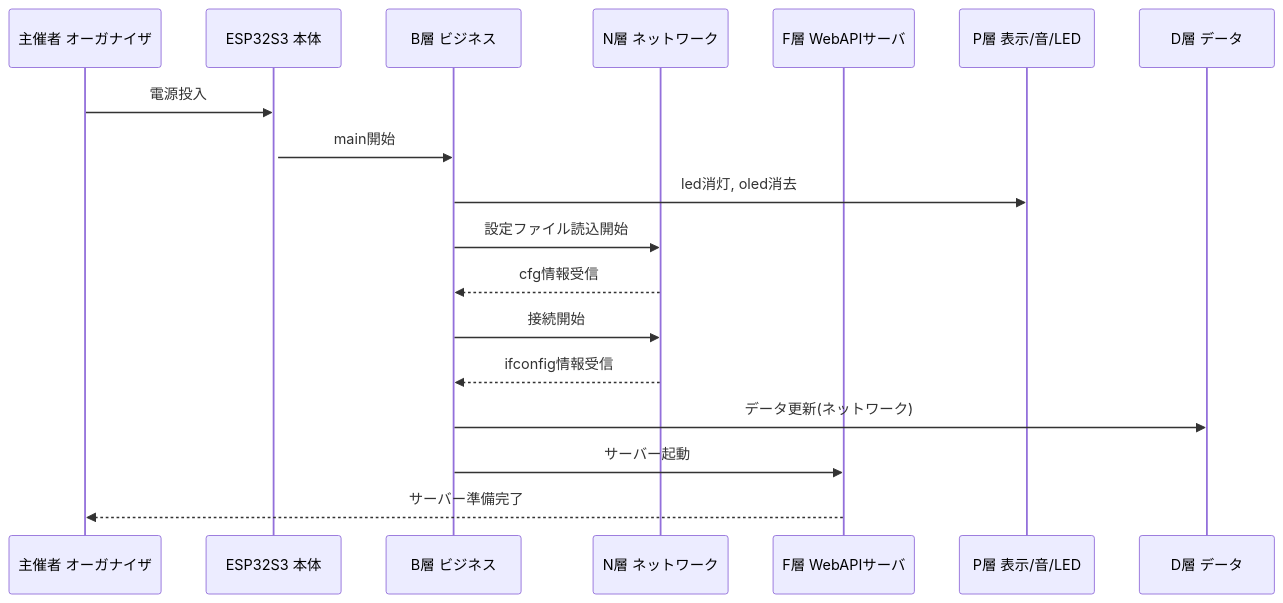
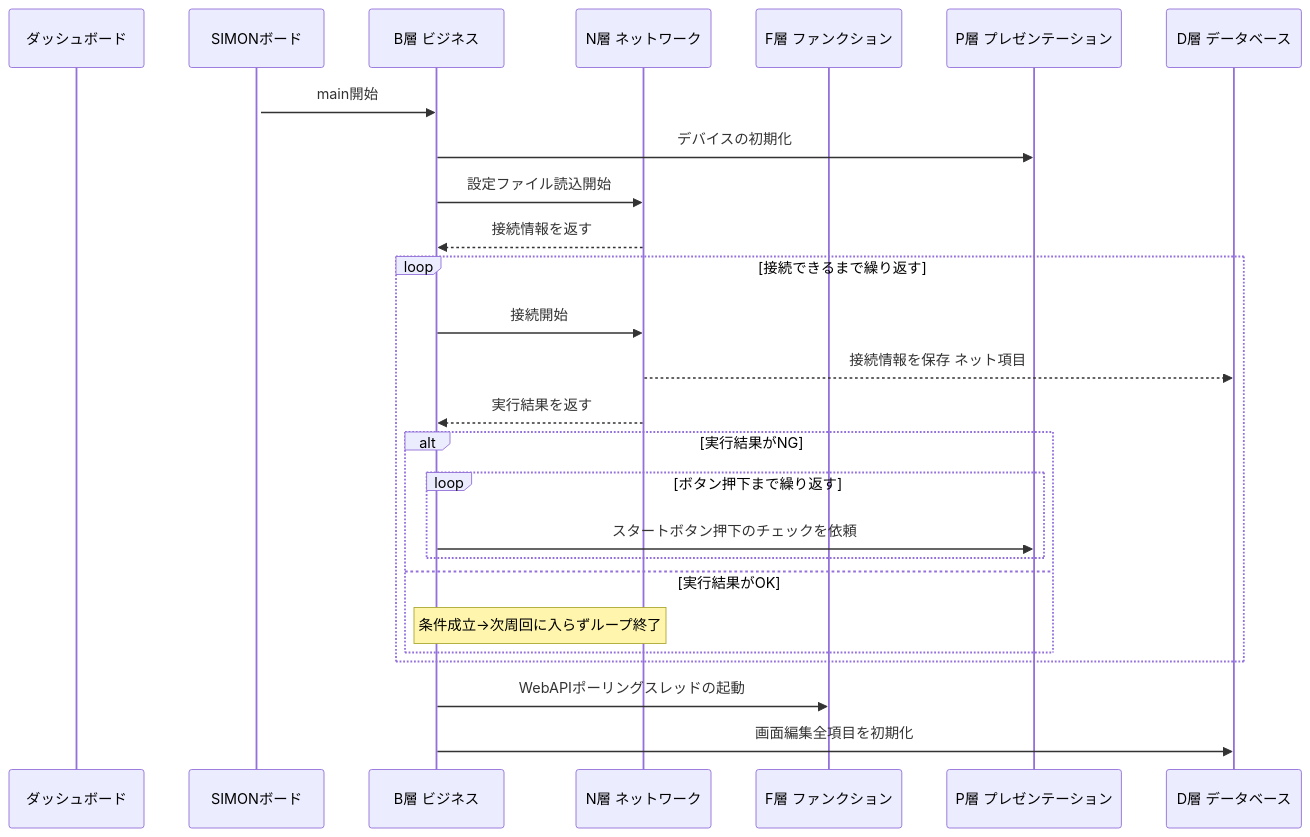
One commit to kureha001/MMP changed the third of 3 diagrams in ゲーム/99_SIMON/README.MD. Above: the diagram before and after it, drawn with Mermaid. The commit also changed other lines of this file, not shown here.

````diff
--- a/ゲーム/99_SIMON/README.MD
+++ b/ゲーム/99_SIMON/README.MD
@@ -416,22 +441,33 @@
 ```mermaid
 sequenceDiagram
-  participant U as 主催者 オーガナイザ
-  participant S as ESP32S3 本体
+  participant U as ダッシュボード
+  participant S as SIMONボード
   participant B as B層 ビジネス
   participant N as N層 ネットワーク
-  participant F as F層 WebAPIサーバ
-  participant P as P層 表示/音/LED
-  participant D as D層 データ
+  participant F as F層 ファンクション
+  participant P as P層 プレゼンテーション
+  participant D as D層 データベース
 
-  U->>S: 電源投入
   activate S
   S->>B: main開始
-  B->>P: led消灯, oled消去
+
+  B->>P: デバイスの初期化
   B->>N: 設定ファイル読込開始
-  N-->>B: cfg情報受信
-  B->>N: 接続開始
-  N-->>B: ifconfig情報受信
-  B->>D: データ更新(ネットワーク)
-  B->>F: サーバー起動
-  F-->>U: サーバー準備完了
+  N-->>B: 接続情報を返す
+
+  loop 接続できるまで繰り返す
+    B->>N: 接続開始
+    N-->>D: 接続情報を保存 ネット項目
+    N-->>B: 実行結果を返す
+    alt 実行結果がNG
+      loop ボタン押下まで繰り返す
+        B->>P: スタートボタン押下のチェックを依頼
+      end
+    else 実行結果がOK
+      Note over B,N: 条件成立→次周回に入らずループ終了
+    end
+  end
+
+  B->>F: WebAPIポーリングスレッドの起動
+  B->>D: 画面編集全項目を初期化
 ```
````
